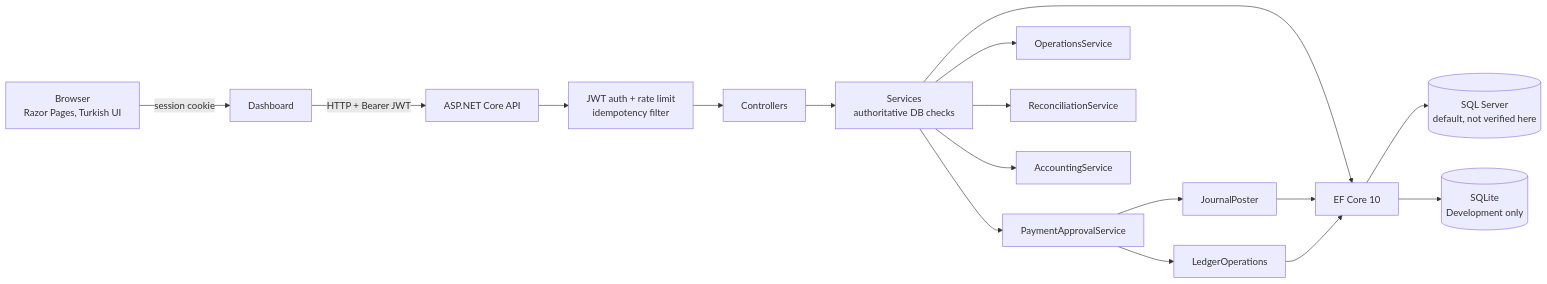
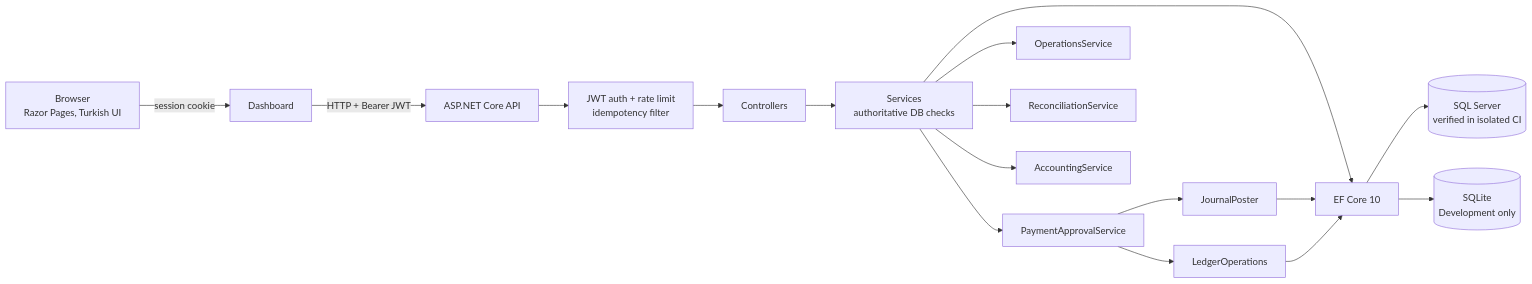
The first of 3 diagrams in README.md (tamerkargin8/DigitalBanking), drawn with Mermaid before and after one commit. The commit also changed other lines of this file and 6 other files, not shown here.

````diff
--- a/README.md
+++ b/README.md
@@ -59,19 +59,19 @@
 ```mermaid
 flowchart LR
     B[Browser<br/>Razor Pages, Turkish UI] -->|session cookie| D[Dashboard]
     D -->|HTTP + Bearer JWT| A[ASP.NET Core API]
     A --> AU[JWT auth + rate limit<br/>idempotency filter]
     AU --> C[Controllers]
     C --> S[Services<br/>authoritative DB checks]
     S --> P[PaymentApprovalService]
     S --> O[OperationsService]
     S --> R[ReconciliationService]
     S --> AC[AccountingService]
     P --> J[JournalPoster]
     P --> L[LedgerOperations]
     S --> E[EF Core 10]
     J --> E
     L --> E
-    E --> SQL[(SQL Server<br/>default, not verified here)]
+    E --> SQL[(SQL Server<br/>verified in isolated CI)]
     E --> SL[(SQLite<br/>Development only)]
 ```
````
